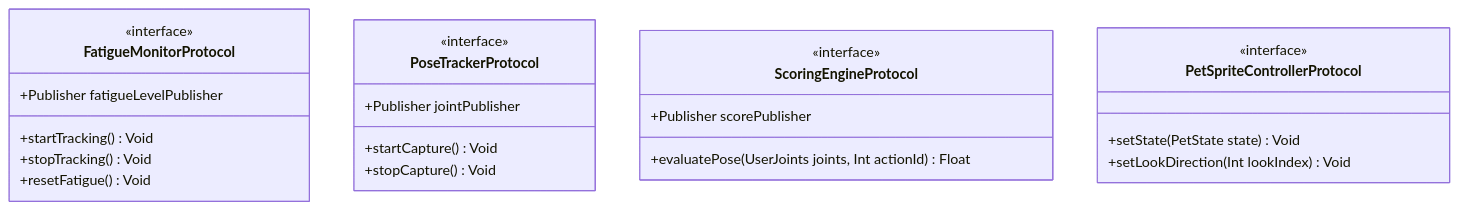
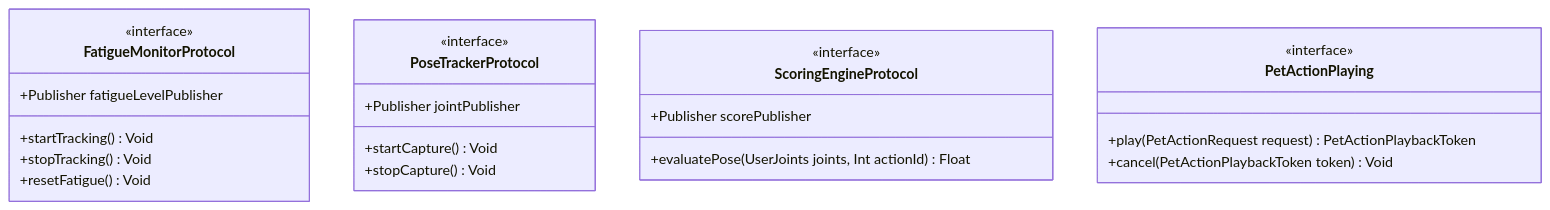
The diagram in versions/v1.0.0/engineering/api-design.md (zt994451054/nickbody), drawn with Mermaid before and after one commit. The commit also changed other lines of this file and 14 other files, not shown here.

````diff
--- a/versions/v1.0.0/engineering/api-design.md
+++ b/versions/v1.0.0/engineering/api-design.md
@@ -15,26 +15,26 @@
 ```mermaid
 classDiagram
     class FatigueMonitorProtocol {
         <<interface>>
         +Publisher fatigueLevelPublisher
         +startTracking() Void
         +stopTracking() Void
         +resetFatigue() Void
     }
     class PoseTrackerProtocol {
         <<interface>>
         +Publisher jointPublisher
         +startCapture() Void
         +stopCapture() Void
     }
     class ScoringEngineProtocol {
         <<interface>>
         +Publisher scorePublisher
         +evaluatePose(UserJoints joints, Int actionId) Float
     }
-    class PetSpriteControllerProtocol {
+    class PetActionPlaying {
         <<interface>>
-        +setState(PetState state) Void
-        +setLookDirection(Int lookIndex) Void
+        +play(PetActionRequest request) PetActionPlaybackToken
+        +cancel(PetActionPlaybackToken token) Void
     }
 ```
````
